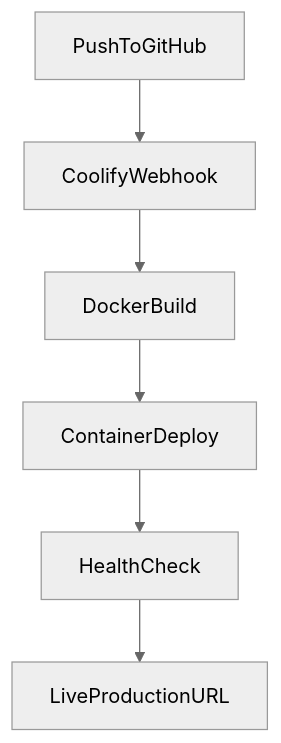
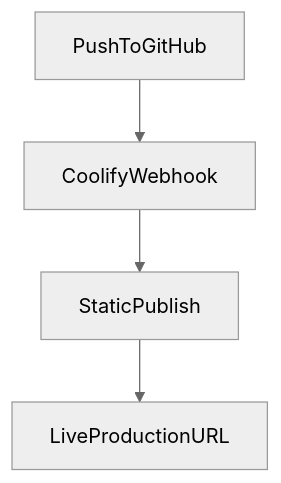
One commit to AdamMomen/usdc-control-plane changed diagram 26 of 31 in architecture.md. Above: the diagram before and after it, drawn with Mermaid (neutral theme). The commit also changed other lines of this file and 5 other files, not shown here.

Commit message:
Refactor deployment approach: remove Docker and Nginx configurations, transition to static site hosting with Coolify. Update documentation to reflect changes in architecture and deployment process.

````diff
--- a/architecture.md
+++ b/architecture.md
@@ -555,18 +549,12 @@
 ```mermaid
 flowchart TD
 
 PushToGitHub
 --> CoolifyWebhook
 
 CoolifyWebhook
---> DockerBuild
+--> StaticPublish
 
-DockerBuild
---> ContainerDeploy
-
-ContainerDeploy
---> HealthCheck
-
-HealthCheck
+StaticPublish
 --> LiveProductionURL
 ```
````
